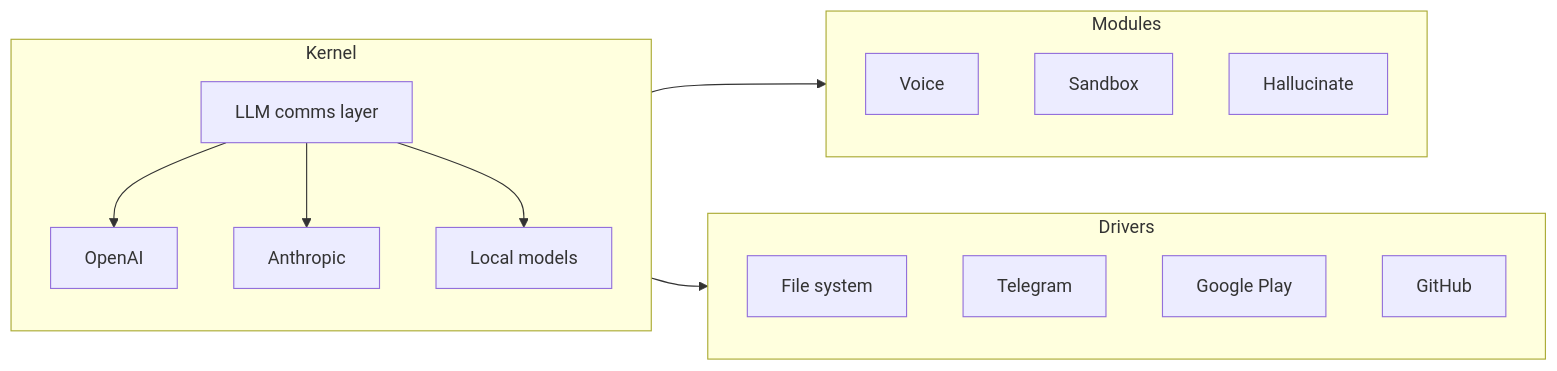
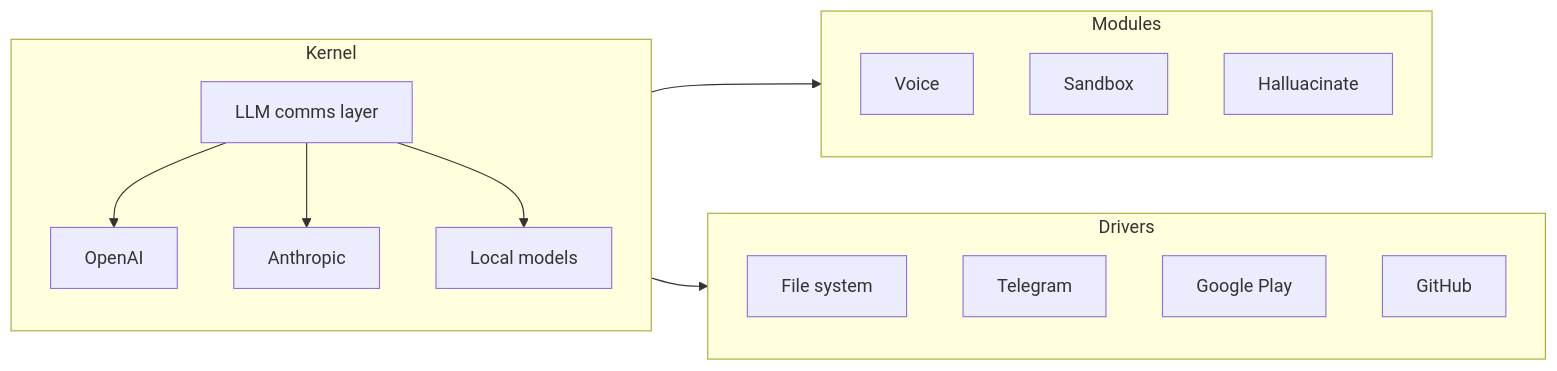
One commit to seuros/chaos changed the diagram in README.md. Above: the diagram before and after it, drawn with Mermaid. The commit also changed other lines of this file and 60 other files, not shown here.

````diff
--- a/README.md
+++ b/README.md
@@ -17,25 +17,25 @@
 ```mermaid
 graph LR
   subgraph Kernel
     K[LLM comms layer]
     K --> OpenAI
     K --> Anthropic
     K --> Local["Local models"]
   end
 
   subgraph Modules
     M1[Voice]
     M2[Sandbox]
-    M3[Hallucinate]
+    M3[Halluacinate]
   end
 
   subgraph Drivers
     D1[File system]
     D2[Telegram]
     D3[Google Play]
     D4[GitHub]
   end
 
   Kernel --> Modules
   Kernel --> Drivers
 ```
````
